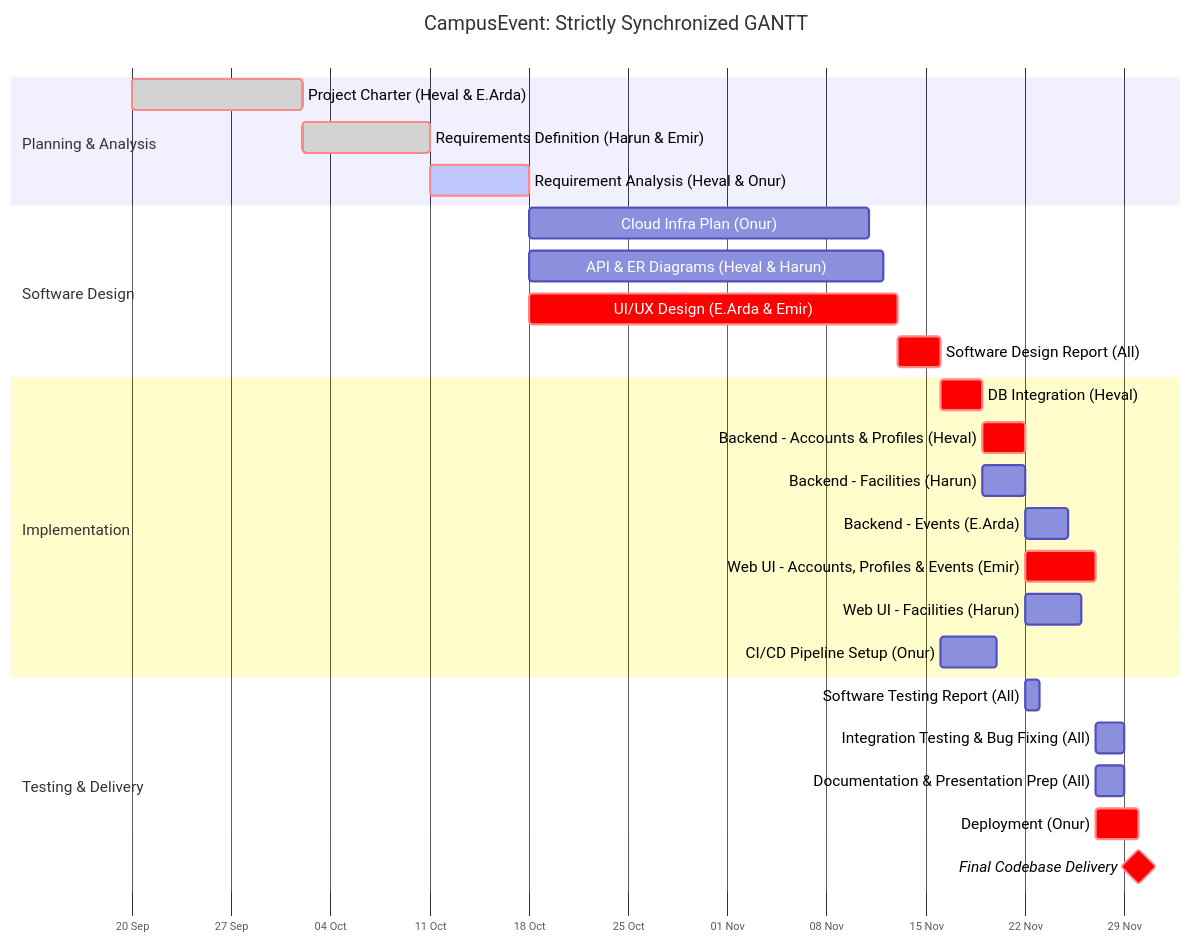
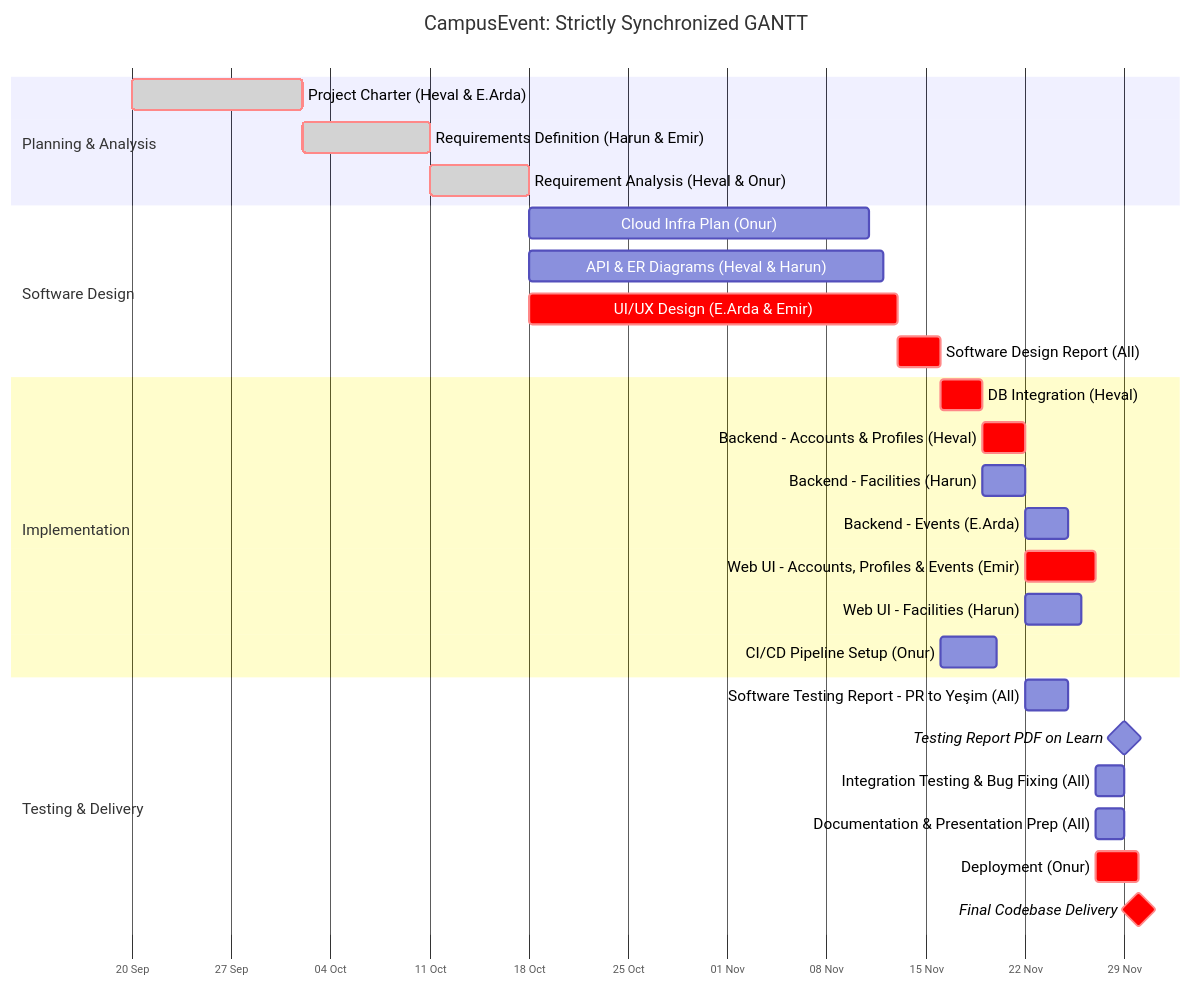
Before and after one commit to emir-heval-arda-harun/CMPE-331-project: the diagram in docs/plan/gantt_chart.mmd, drawn with Mermaid. The commit also changed 9 other files, not shown here.

First line of the commit message:
Plan: Software Testing Report moved one week later (PR 25.11, PDF 29.11)

```diff
--- a/docs/plan/gantt_chart.mmd
+++ b/docs/plan/gantt_chart.mmd
@@ -1,34 +1,35 @@
 %%{init: {"gantt": {"barHeight": 28, "barGap": 11, "topPadding": 70, "leftPadding": 110, "fontSize": 14, "sectionFontSize": 14, "gridLineStartPadding": 40}}}%%
 gantt
     title CampusEvent: Strictly Synchronized GANTT
     dateFormat YYYY-MM-DD
     axisFormat %d %b
     tickInterval 1week
     weekday sunday
 
     section Planning & Analysis
     Project Charter (Heval & E.Arda)               :done, crit, t11, 2026-09-20, 2026-10-02
     Requirements Definition (Harun & Emir)         :done, crit, t12, 2026-10-02, 2026-10-11
-    Requirement Analysis (Heval & Onur)            :active, crit, t13, 2026-10-11, 2026-10-18
+    Requirement Analysis (Heval & Onur)            :done, crit, t13, 2026-10-11, 2026-10-18
 
     section Software Design
     Cloud Infra Plan (Onur)                        :t21, 2026-10-18, 2026-11-11
     API & ER Diagrams (Heval & Harun)              :t22, 2026-10-18, 2026-11-12
     UI/UX Design (E.Arda & Emir)                   :crit, t23, 2026-10-18, 2026-11-13
     Software Design Report (All)                   :crit, t24, 2026-11-13, 2026-11-16
 
     section Implementation
     DB Integration (Heval)                         :crit, t31, 2026-11-16, 2026-11-19
     Backend - Accounts & Profiles (Heval)          :crit, t32, 2026-11-19, 2026-11-22
     Backend - Facilities (Harun)                   :t33, 2026-11-19, 2026-11-22
     Backend - Events (E.Arda)                      :t34, 2026-11-22, 2026-11-25
     Web UI - Accounts, Profiles & Events (Emir)    :crit, t35, 2026-11-22, 2026-11-27
     Web UI - Facilities (Harun)                    :t36, 2026-11-22, 2026-11-26
     CI/CD Pipeline Setup (Onur)                    :t37, 2026-11-16, 2026-11-20
 
     section Testing & Delivery
-    Software Testing Report (All)                  :t41, 2026-11-22, 2026-11-23
+    Software Testing Report - PR to Yeşim (All)    :t41, 2026-11-22, 2026-11-25
+    Testing Report PDF on Learn                    :milestone, t41p, 2026-11-29, 0d
     Integration Testing & Bug Fixing (All)         :t42, 2026-11-27, 2026-11-29
     Documentation & Presentation Prep (All)        :t43, 2026-11-27, 2026-11-29
     Deployment (Onur)                              :crit, t44, 2026-11-27, 2026-11-30
     Final Codebase Delivery                        :crit, milestone, t45, 2026-11-30, 0d
```
